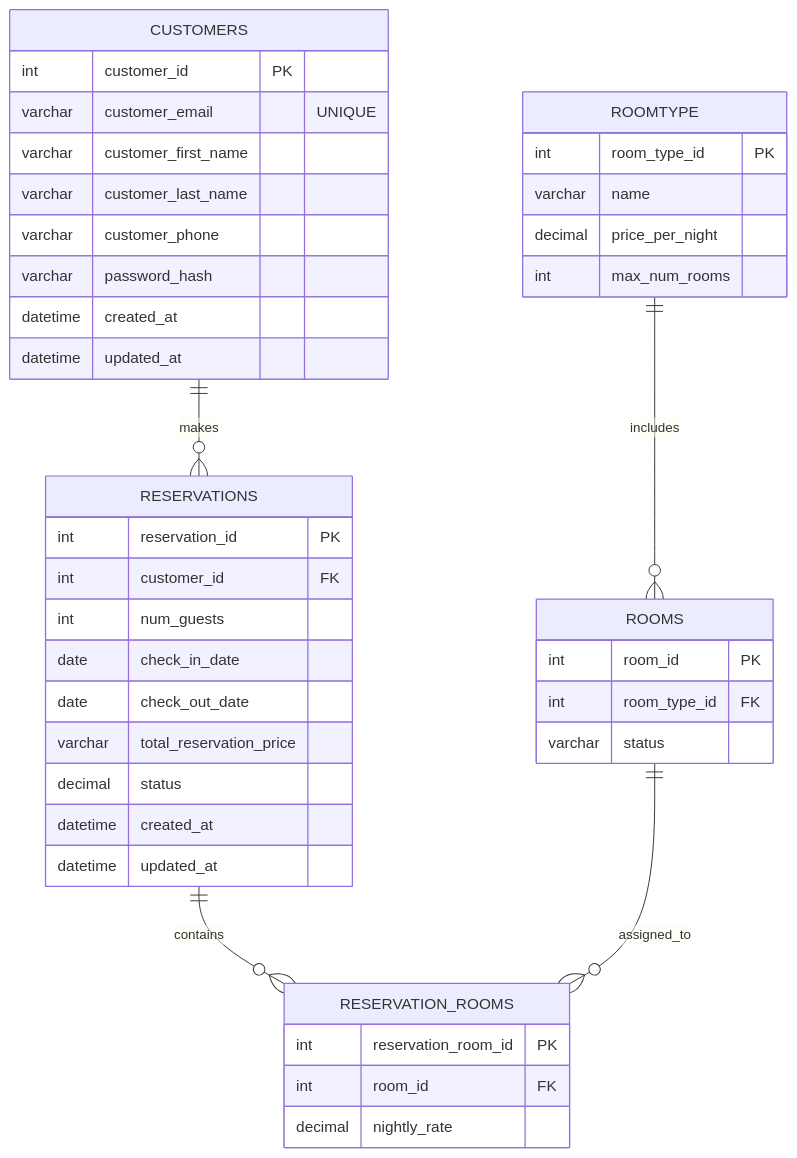
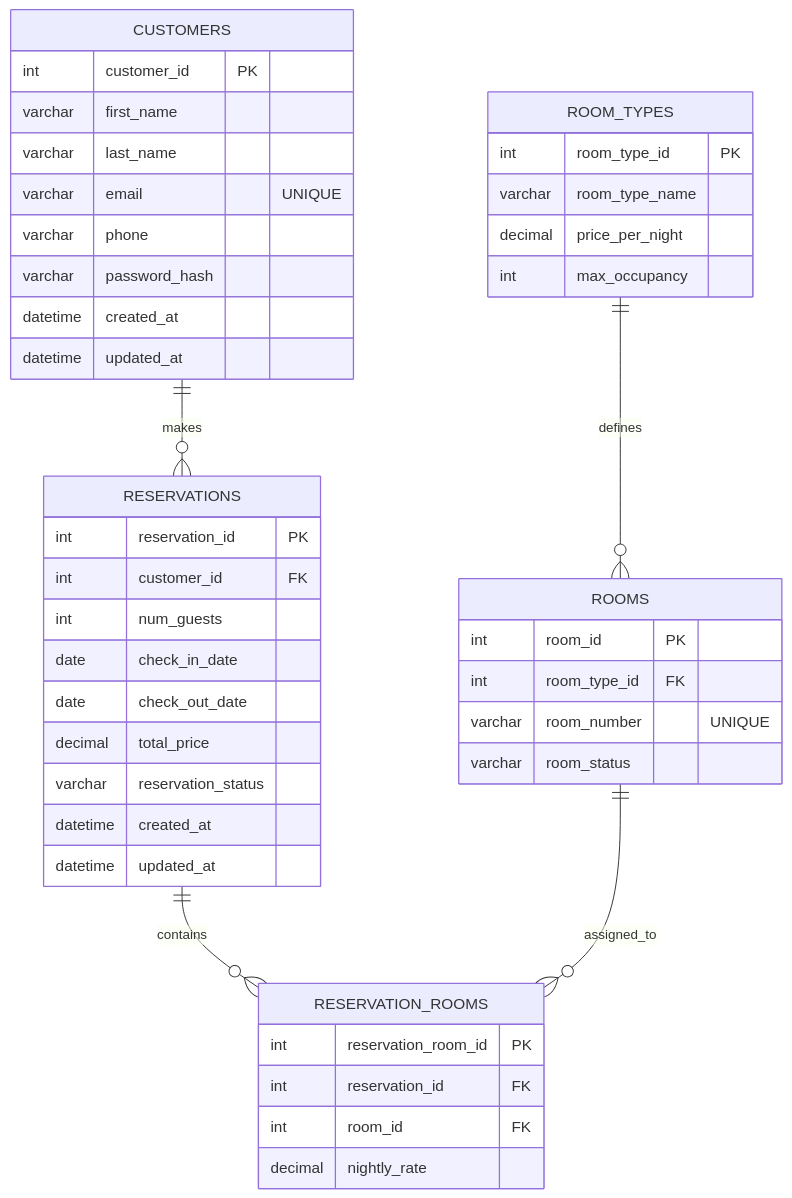
One commit to Hydroplane72/Moffat-Bay changed the diagram in Technical Design Documentation/ERD.md. Above: the diagram before and after it, drawn with Mermaid. The commit also changed other lines of this file, not shown here.

Commit message:
Refine ERD variables

````diff
--- a/Technical Design Documentation/ERD.md
+++ b/Technical Design Documentation/ERD.md
@@ -3,49 +3,51 @@
 ```mermaid
 erDiagram
     CUSTOMERS ||--o{ RESERVATIONS : makes
-    ROOMTYPE ||--o{ ROOMS : includes
+    ROOM_TYPES ||--o{ ROOMS : defines
     RESERVATIONS ||--o{ RESERVATION_ROOMS : contains
     ROOMS ||--o{ RESERVATION_ROOMS : assigned_to
 
     CUSTOMERS {
         int customer_id PK
-        varchar customer_email "UNIQUE"
-        varchar customer_first_name
-        varchar customer_last_name
-        varchar customer_phone
+        varchar first_name
+        varchar last_name
+        varchar email "UNIQUE"
+        varchar phone
         varchar password_hash
         datetime created_at
         datetime updated_at
     }
 
     RESERVATIONS {
         int reservation_id PK
         int customer_id FK
         int num_guests
         date check_in_date
         date check_out_date
-        varchar total_reservation_price
-        decimal status
+        decimal total_price
+        varchar reservation_status
         datetime created_at
         datetime updated_at
     }
 
     RESERVATION_ROOMS {
         int reservation_room_id PK
+        int reservation_id FK
         int room_id FK
         decimal nightly_rate
     }
 
     ROOMS {
         int room_id PK
         int room_type_id FK
-        varchar status
+        varchar room_number "UNIQUE"
+        varchar room_status
     }
 
-    ROOMTYPE {
+    ROOM_TYPES {
         int room_type_id PK
-        varchar name
+        varchar room_type_name
         decimal price_per_night
-        int max_num_rooms
+        int max_occupancy
     }
 ```
````
